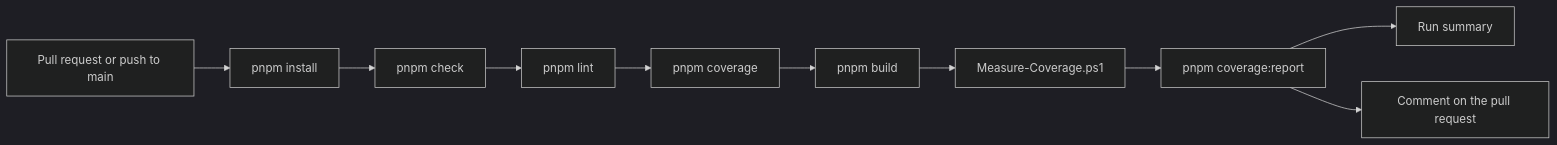
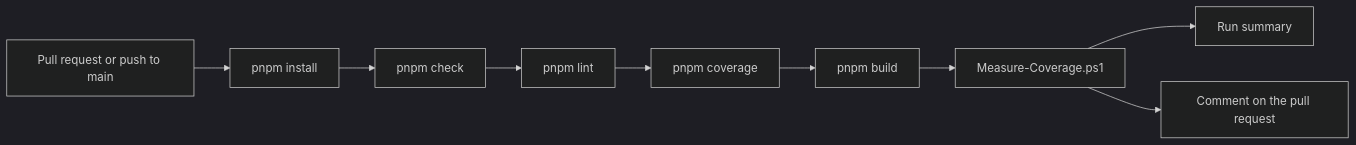
One commit to cristiadu/valheim-dashboard changed diagram 20 of 20 in docs/architecture.md. Above: the diagram before and after it, drawn with Mermaid (dark theme). The commit also changed other lines of this file and 16 other files, not shown here.

First line of the commit message:
CI: build the coverage table in the scripts' shared module instead of its own package

````diff
--- a/docs/architecture.md
+++ b/docs/architecture.md
@@ -481,6 +481,6 @@
 ```mermaid
 flowchart LR
-  pr[Pull request or push to main] --> install[pnpm install] --> check[pnpm check] --> lint[pnpm lint] --> coverage[pnpm coverage] --> build[pnpm build] --> scripts[Measure-Coverage.ps1] --> report[pnpm coverage:report]
-  report --> summary[Run summary]
-  report --> comment[Comment on the pull request]
+  pr[Pull request or push to main] --> install[pnpm install] --> check[pnpm check] --> lint[pnpm lint] --> coverage[pnpm coverage] --> build[pnpm build] --> scripts[Measure-Coverage.ps1]
+  scripts --> summary[Run summary]
+  scripts --> comment[Comment on the pull request]
 ```
````
